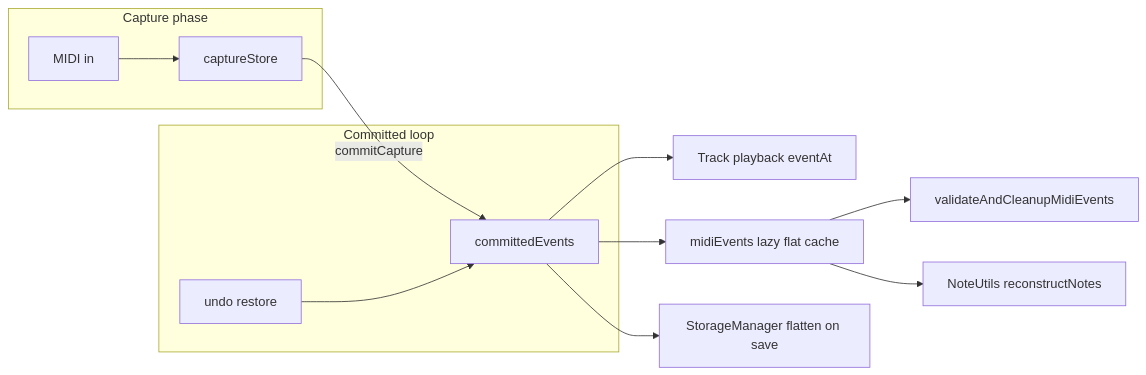
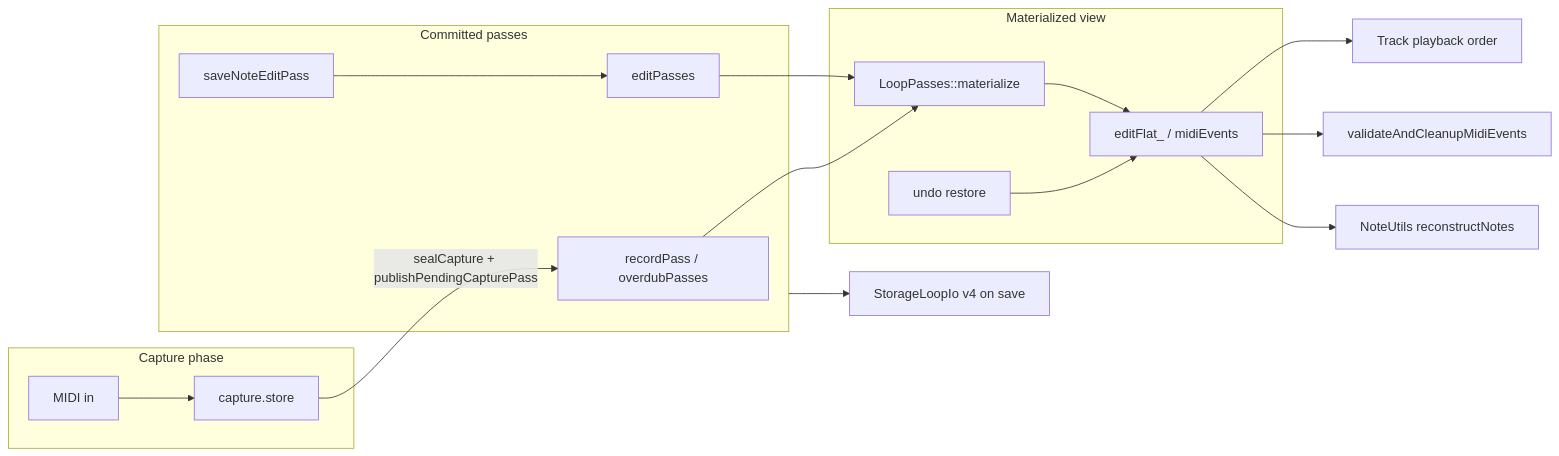
Before and after one commit to Lytrix/MidiLooper: the diagram in docs/Guides/LOOP_MIDI_STORAGE_AND_VALIDATION.md, drawn with Mermaid. The commit also changed other lines of this file and 101 other files, not shown here.

First line of the commit message:
Migrate loop timeline to passes model and flush SD on note-edit exit.

````diff
--- a/docs/Guides/LOOP_MIDI_STORAGE_AND_VALIDATION.md
+++ b/docs/Guides/LOOP_MIDI_STORAGE_AND_VALIDATION.md
@@ -18,15 +19,20 @@
 ```mermaid
 flowchart LR
   subgraph capture [Capture phase]
-    IN[MIDI in] --> captureStore
+    IN[MIDI in] --> captureStore[capture.store]
   end
-  subgraph committed [Committed loop]
-    captureStore -->|commitCapture| committedEvents
-    undoRestore[undo restore] --> committedEvents
+  subgraph passes [Committed passes]
+    captureStore -->|sealCapture + publishPendingCapturePass| recordPass[recordPass / overdubPasses]
+    saveEdit[saveNoteEditPass] --> editPasses[editPasses]
   end
-  committedEvents --> playback[Track playback eventAt]
-  committedEvents --> flat[midiEvents lazy flat cache]
-  flat --> validate[validateAndCleanupMidiEvents]
-  flat --> display[NoteUtils reconstructNotes]
-  committedEvents --> sdSave[StorageManager flatten on save]
+  subgraph materialized [Materialized view]
+    recordPass --> materialize[LoopPasses::materialize]
+    editPasses --> materialize
+    materialize --> editFlat[editFlat_ / midiEvents]
+    undoRestore[undo restore] --> editFlat
+  end
+  editFlat --> playback[Track playback order]
+  editFlat --> validate[validateAndCleanupMidiEvents]
+  editFlat --> display[NoteUtils reconstructNotes]
+  passes --> sdSave[StorageLoopIo v4 on save]
 ```
````
